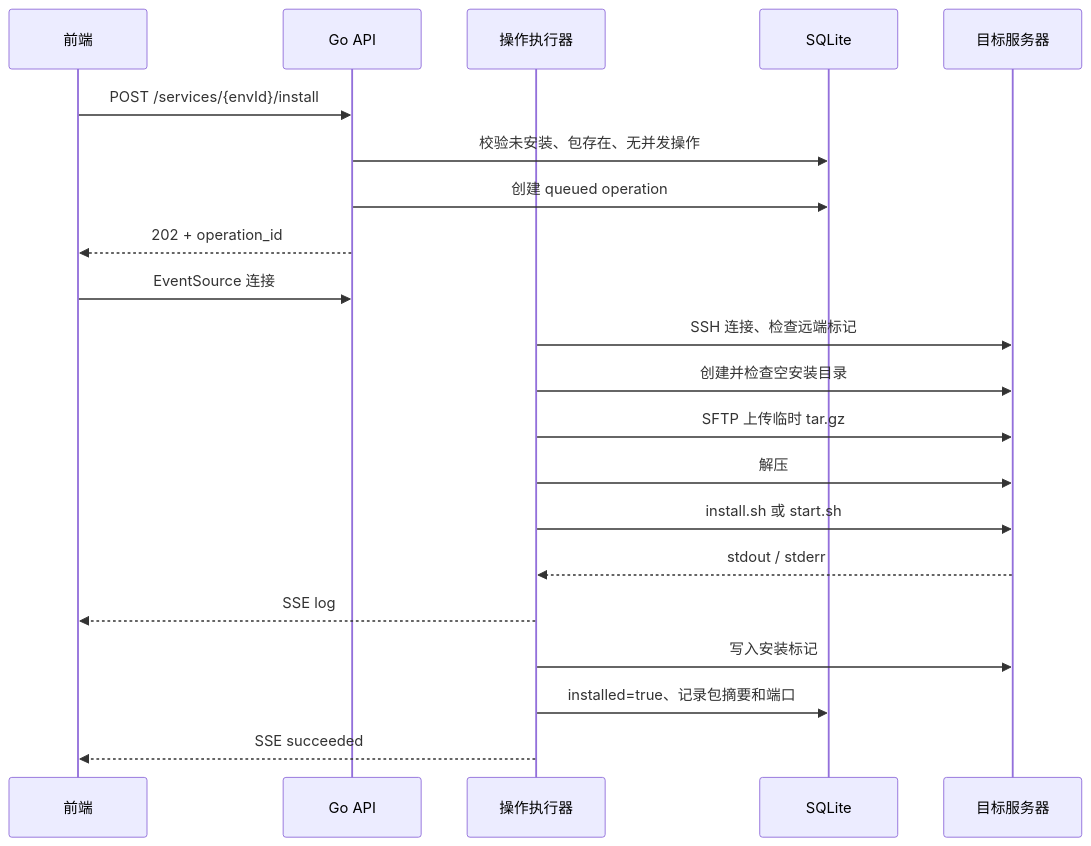
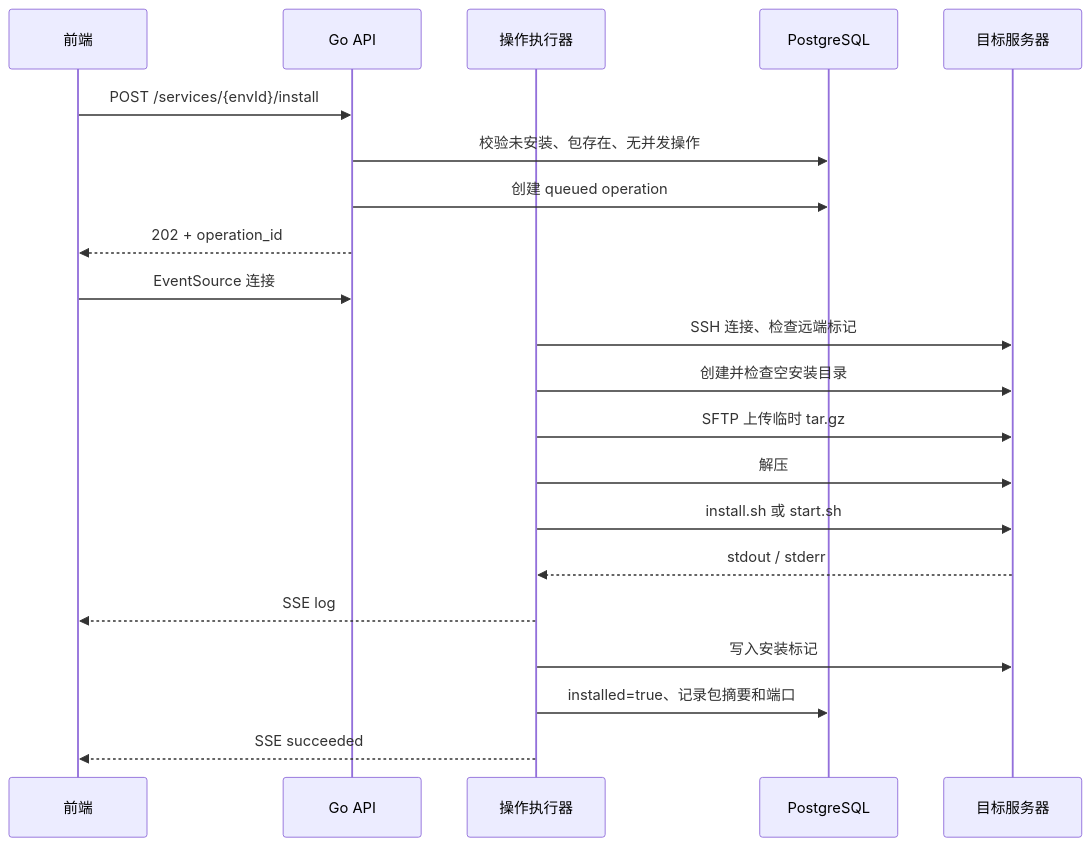
One commit to ymouzhang/DeploymentPlatform changed the fourth of 4 diagrams in dp/docs/architecture.md. Above: the diagram before and after it, drawn with Mermaid. The commit also changed other lines of this file and 15 other files, not shown here.

Commit message:
feat(dp): establish RBAC and PostgreSQL foundation

````diff
--- a/dp/docs/architecture.md
+++ b/dp/docs/architecture.md
@@ -915,24 +924,24 @@
 ```mermaid
 sequenceDiagram
     participant FE as 前端
     participant API as Go API
     participant OP as 操作执行器
-    participant DB as SQLite
+    participant DB as PostgreSQL
     participant R as 目标服务器
 
     FE->>API: POST /services/{envId}/install
     API->>DB: 校验未安装、包存在、无并发操作
     API->>DB: 创建 queued operation
     API-->>FE: 202 + operation_id
     FE->>API: EventSource 连接
     OP->>R: SSH 连接、检查远端标记
     OP->>R: 创建并检查空安装目录
     OP->>R: SFTP 上传临时 tar.gz
     OP->>R: 解压
     OP->>R: install.sh 或 start.sh
     R-->>OP: stdout / stderr
     OP-->>FE: SSE log
     OP->>R: 写入安装标记
     OP->>DB: installed=true、记录包摘要和端口
     OP-->>FE: SSE succeeded
 ```
````
